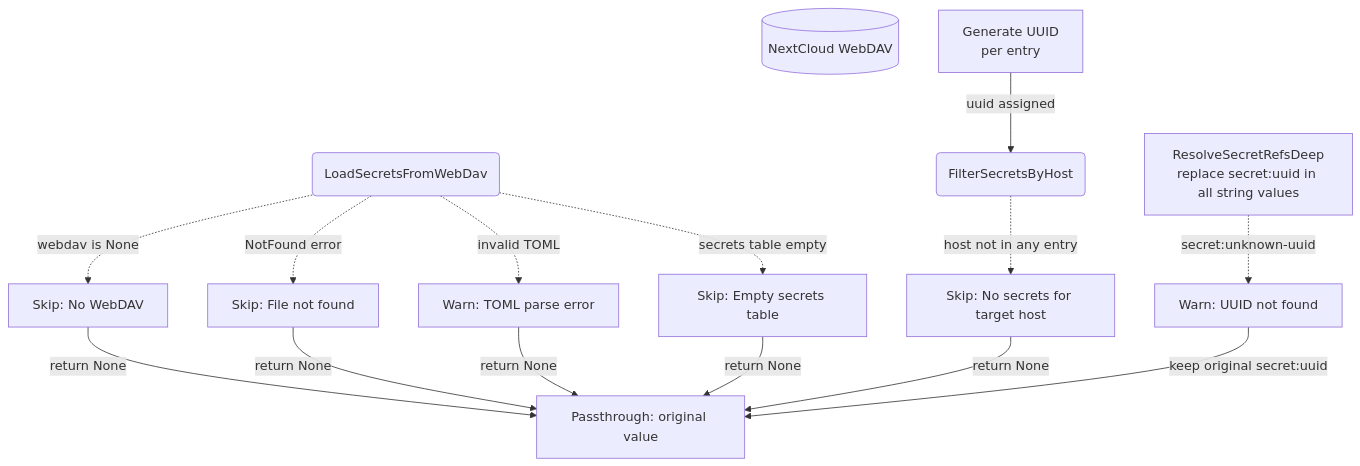
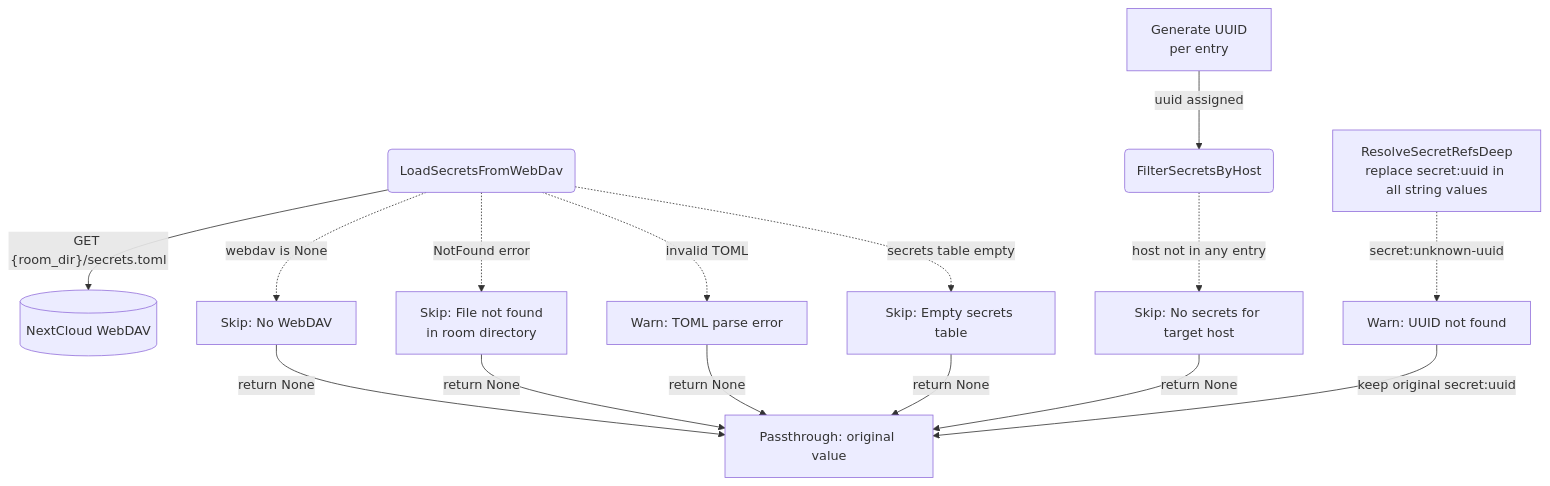
One commit to cosmoswafer/rockbot changed the second of 6 diagrams in _dfd/interception/secret-interception.md. Above: the diagram before and after it, drawn with Mermaid. The commit also changed other lines of this file and 2 other files, not shown here.

First line of the commit message:
fix: load secrets.toml from room WebDAV directory instead of root

````diff
--- a/_dfd/interception/secret-interception.md
+++ b/_dfd/interception/secret-interception.md
@@ -100,29 +100,30 @@
 ```mermaid
 flowchart TD
     LOAD(LoadSecretsFromWebDav)
     DAV[(NextCloud WebDAV)]
     NO_DAV[Skip: No WebDAV]
-    NOT_FOUND[Skip: File not found]
+    NOT_FOUND[Skip: File not found<br/>in room directory]
     PARSE_ERR[Warn: TOML parse error]
     EMPTY[Skip: Empty secrets table]
     GEN["Generate UUID<br/>per entry"]
     FILTER(FilterSecretsByHost)
     NO_HOST[Skip: No secrets for target host]
     RESOLVE["ResolveSecretRefsDeep<br/>replace secret:uuid in all string values"]
     UUID_MISS[Warn: UUID not found]
     PASS[Passthrough: original value]
 
+    LOAD -->|"GET {room_dir}/secrets.toml"| DAV
     LOAD -.->|"webdav is None"| NO_DAV
     LOAD -.->|"NotFound error"| NOT_FOUND
     LOAD -.->|"invalid TOML"| PARSE_ERR
     LOAD -.->|"secrets table empty"| EMPTY
     NO_DAV -->|"return None"| PASS
     NOT_FOUND -->|"return None"| PASS
     PARSE_ERR -->|"return None"| PASS
     EMPTY -->|"return None"| PASS
     GEN -->|"uuid assigned"| FILTER
     FILTER -.->|"host not in any entry"| NO_HOST
     NO_HOST -->|"return None"| PASS
     RESOLVE -.->|"secret:unknown-uuid"| UUID_MISS
     UUID_MISS -->|"keep original secret:uuid"| PASS
 ```
````
